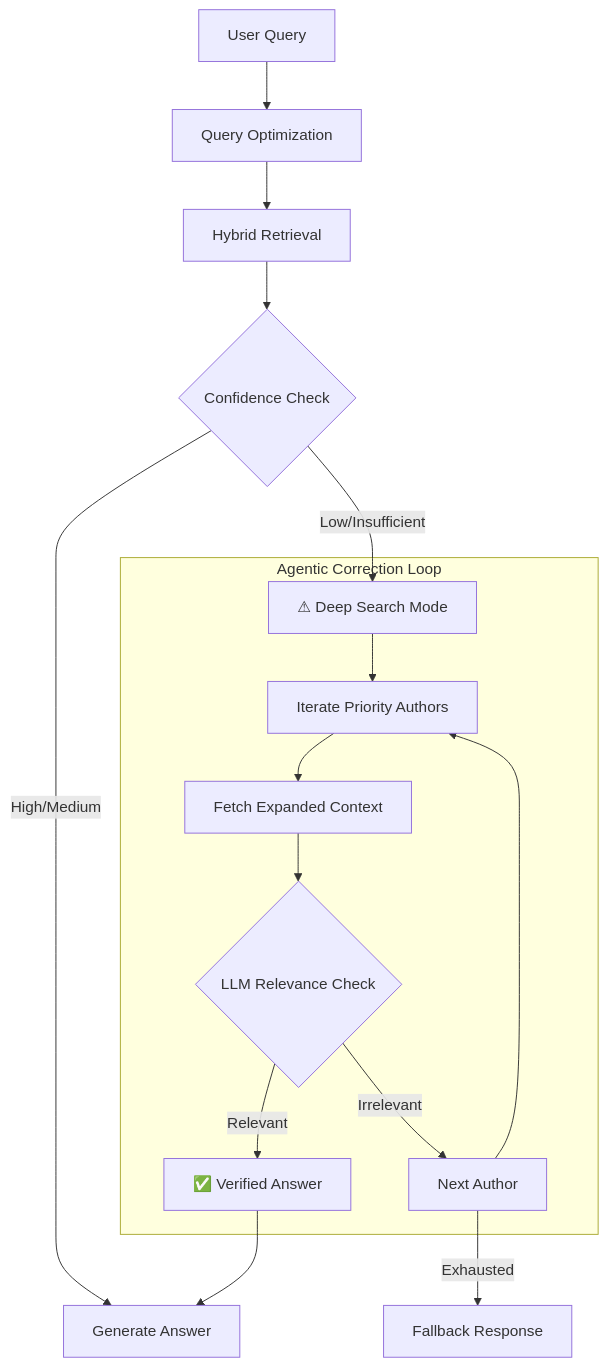
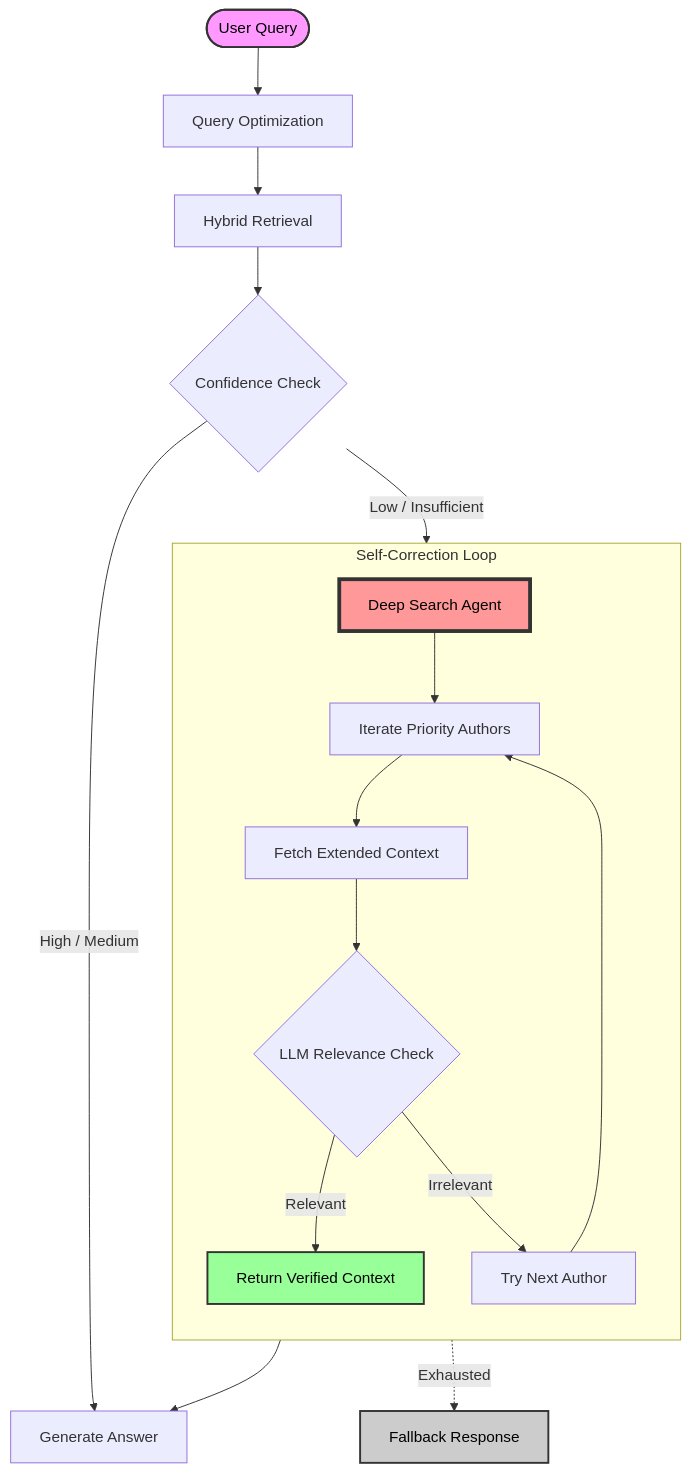
Before and after one commit to ssantioviedo/Probability-Academic-RAG-Chatbot: the second of 2 diagrams in README.md, drawn with Mermaid. The commit also changed other lines of this file, not shown here.

Commit message:
Mejoro graficos aún más

````diff
--- a/README.md
+++ b/README.md
@@ -70,22 +70,28 @@
 ```mermaid
-graph TD
-    Start[User Query] --> Optimize[Query Optimization]
+flowchart TD
+    Start([User Query]) --> Optimize[Query Optimization]
     Optimize --> Retrieve[Hybrid Retrieval]
     Retrieve --> Confidence{Confidence Check}
     
-    Confidence -->|High/Medium| Generate[Generate Answer]
+    Confidence -->|High / Medium| Generate[Generate Answer]
     
-    Confidence -->|Low/Insufficient| DeepSearch[⚠ Deep Search Mode]
+    Confidence -->|Low / Insufficient| DeepSearch[Deep Search Agent]
     
-    subgraph "Agentic Correction Loop"
-    DeepSearch --> Iter[Iterate Priority Authors]
-    Iter --> Fetch[Fetch Expanded Context]
-    Fetch --> Verify{LLM Relevance Check}
-    Verify -->|Relevant| Found[✅ Verified Answer]
-    Verify -->|Irrelevant| Next[Next Author]
-    Next --> Iter
+    subgraph AgentLoop [Self-Correction Loop]
+        direction TB
+        DeepSearch --> Iter[Iterate Priority Authors]
+        Iter --> Fetch[Fetch Extended Context]
+        Fetch --> Verify{LLM Relevance Check}
+        Verify -->|Relevant| Found[Return Verified Context]
+        Verify -->|Irrelevant| Next[Try Next Author]
+        Next --> Iter
     end
     
     Found --> Generate
-    Next -->|Exhausted| Fallback[Fallback Response]
+    Next -.->|Exhausted| Fallback[Fallback Response]
+    
+    style Start fill:#f9f,stroke:#333,stroke-width:2px,color:black
+    style DeepSearch fill:#ff9999,stroke:#333,stroke-width:4px,color:black
+    style Found fill:#99ff99,stroke:#333,stroke-width:2px,color:black
+    style Fallback fill:#cccccc,stroke:#333,stroke-width:2px,color:black
 ```
````
